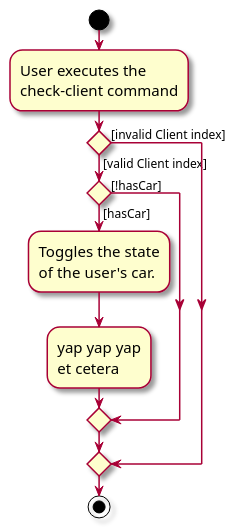
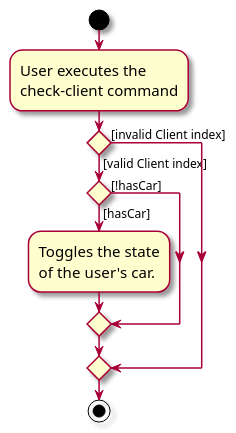
The diagram in docs/diagrams/CheckClientActivityDiagram.puml (nus-cs2103-AY2425S1/tp), drawn with PlantUML before and after one commit. The commit also changed 2 other files, not shown here.

Commit message:
Add .puml diagrams to DG

```diff
--- a/docs/diagrams/CheckClientActivityDiagram.puml
+++ b/docs/diagrams/CheckClientActivityDiagram.puml
@@ -1,24 +1,22 @@
 @startuml
 skin rose
 skinparam ActivityFontSize 15
 skinparam ArrowFontSize 12
 start
 :User executes the
 check-client command;
 
 'Since the beta syntax does not support placing the condition outside the
 'diamond we place it as the true branch instead.
 
 if () then ([invalid Client index])
     else ([valid Client index])
         if () then ([!hasCar])
             else ([hasCar])
         :Toggles the state
         of the user's car.;
-        :yap yap yap
-        et cetera;
         endif
 
 endif
 stop
 @enduml
```
